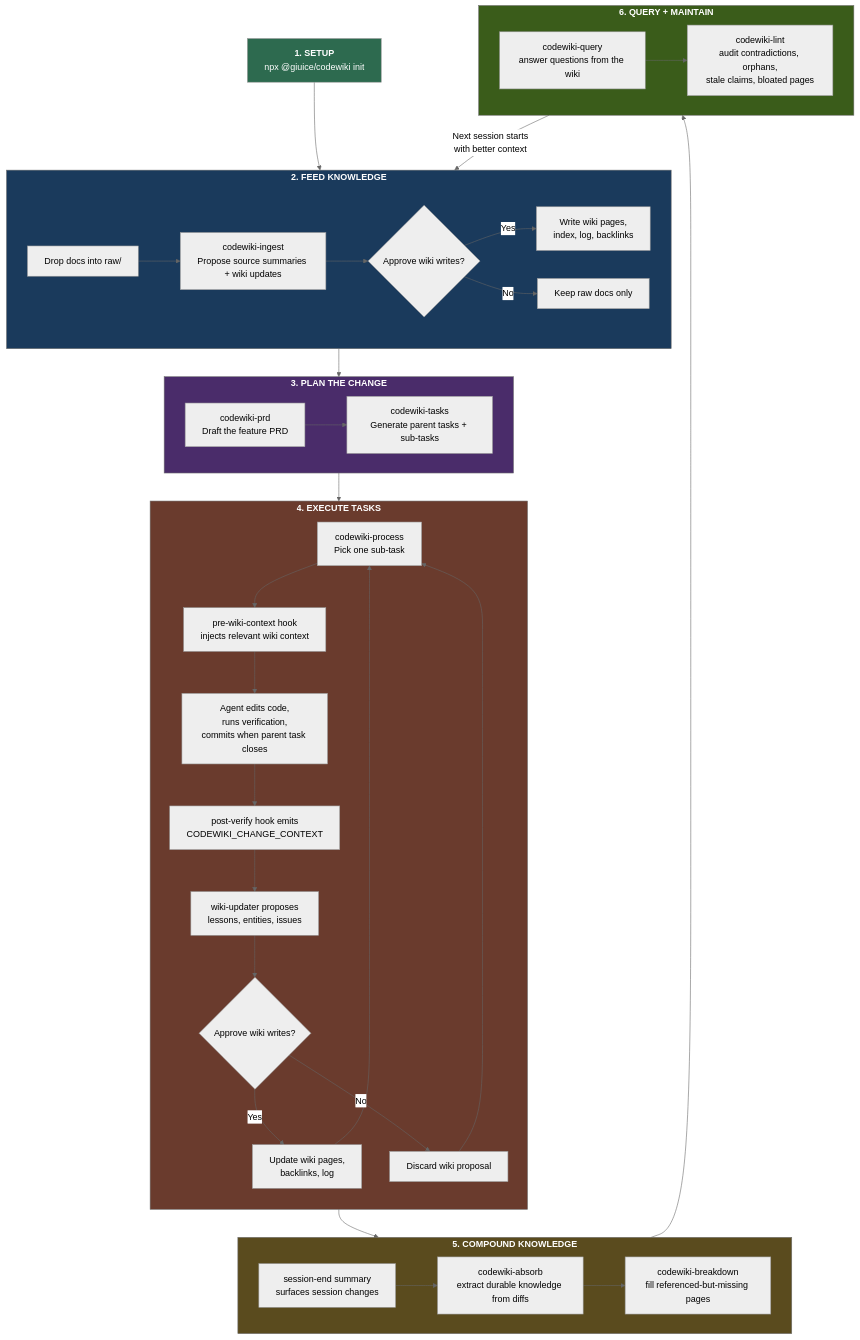
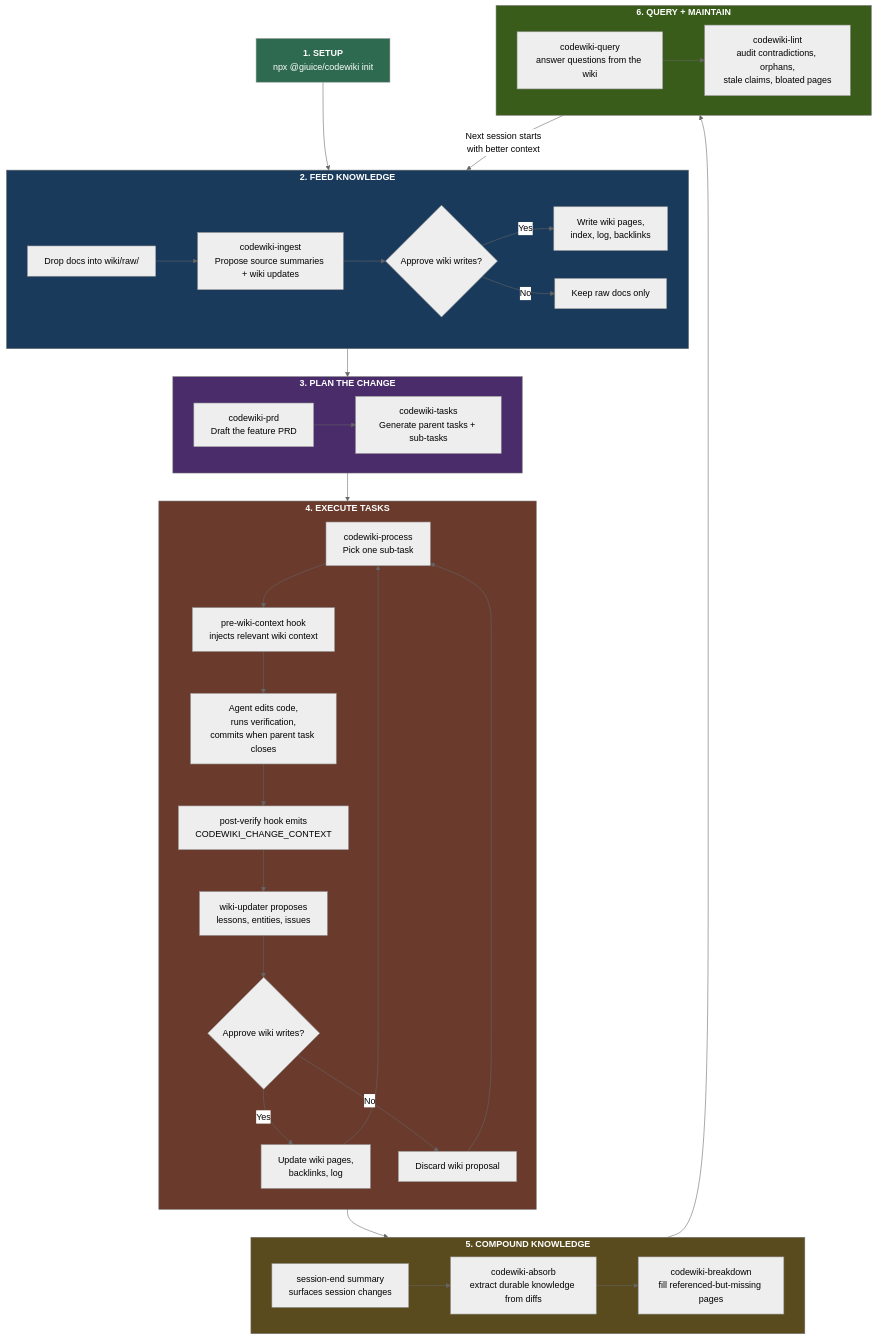
Before and after one commit to giuice/CodeWiki: the first of 2 diagrams in README.md, drawn with Mermaid (neutral theme). The commit also changed other lines of this file and 43 other files, not shown here.

````diff
--- a/README.md
+++ b/README.md
@@ -25,58 +25,58 @@
 ```mermaid
 flowchart TD
   Init["<b>1. SETUP</b><br/>npx @giuice/codewiki init"] --> Feed
 
   subgraph Feed["<b>2. FEED KNOWLEDGE</b>"]
     direction LR
-    F1["Drop docs into raw/"] --> F2["codewiki-ingest<br/>Propose source summaries + wiki updates"]
+    F1["Drop docs into wiki/raw/"] --> F2["codewiki-ingest<br/>Propose source summaries + wiki updates"]
     F2 --> F3{"Approve wiki writes?"}
     F3 -- "Yes" --> F4["Write wiki pages,<br/>index, log, backlinks"]
     F3 -- "No" --> F5["Keep raw docs only"]
   end
 
   Feed --> Plan
 
   subgraph Plan["<b>3. PLAN THE CHANGE</b>"]
     direction LR
     P1["codewiki-prd<br/>Draft the feature PRD"] --> P2["codewiki-tasks<br/>Generate parent tasks + sub-tasks"]
   end
 
   Plan --> Build
 
   subgraph Build["<b>4. EXECUTE TASKS</b>"]
     direction TB
     B1["codewiki-process<br/>Pick one sub-task"] --> B2["pre-wiki-context hook<br/>injects relevant wiki context"]
     B2 --> B3["Agent edits code,<br/>runs verification,<br/>commits when parent task closes"]
     B3 --> B4["post-verify hook emits<br/>CODEWIKI_CHANGE_CONTEXT"]
     B4 --> B5["wiki-updater proposes<br/>lessons, entities, issues"]
     B5 --> B6{"Approve wiki writes?"}
     B6 -- "Yes" --> B7["Update wiki pages,<br/>backlinks, log"]
     B6 -- "No" --> B8["Discard wiki proposal"]
     B7 --> B1
     B8 --> B1
   end
 
   Build --> Compound
 
   subgraph Compound["<b>5. COMPOUND KNOWLEDGE</b>"]
     direction LR
     C1["session-end summary<br/>surfaces session changes"] --> C2["codewiki-absorb<br/>extract durable knowledge from diffs"]
     C2 --> C3["codewiki-breakdown<br/>fill referenced-but-missing pages"]
   end
 
   Compound --> Maintain
 
   subgraph Maintain["<b>6. QUERY + MAINTAIN</b>"]
     direction LR
     M1["codewiki-query<br/>answer questions from the wiki"] --> M2["codewiki-lint<br/>audit contradictions, orphans,<br/>stale claims, bloated pages"]
   end
 
   Maintain -->|"Next session starts<br/>with better context"| Feed
 
   style Init fill:#2d6a4f,color:#fff
   style Feed fill:#1a3a5c,color:#fff
   style Plan fill:#4a2c6a,color:#fff
   style Build fill:#6a3b2d,color:#fff
   style Compound fill:#5a4b1e,color:#fff
   style Maintain fill:#3a5c1a,color:#fff
 ```
````
